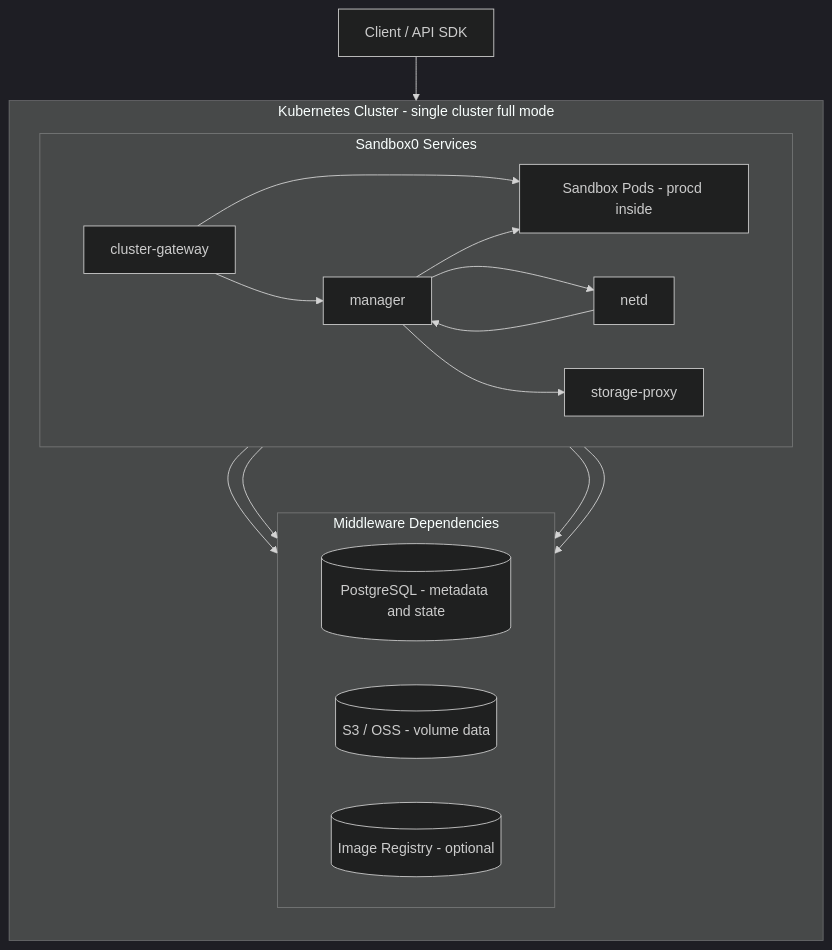
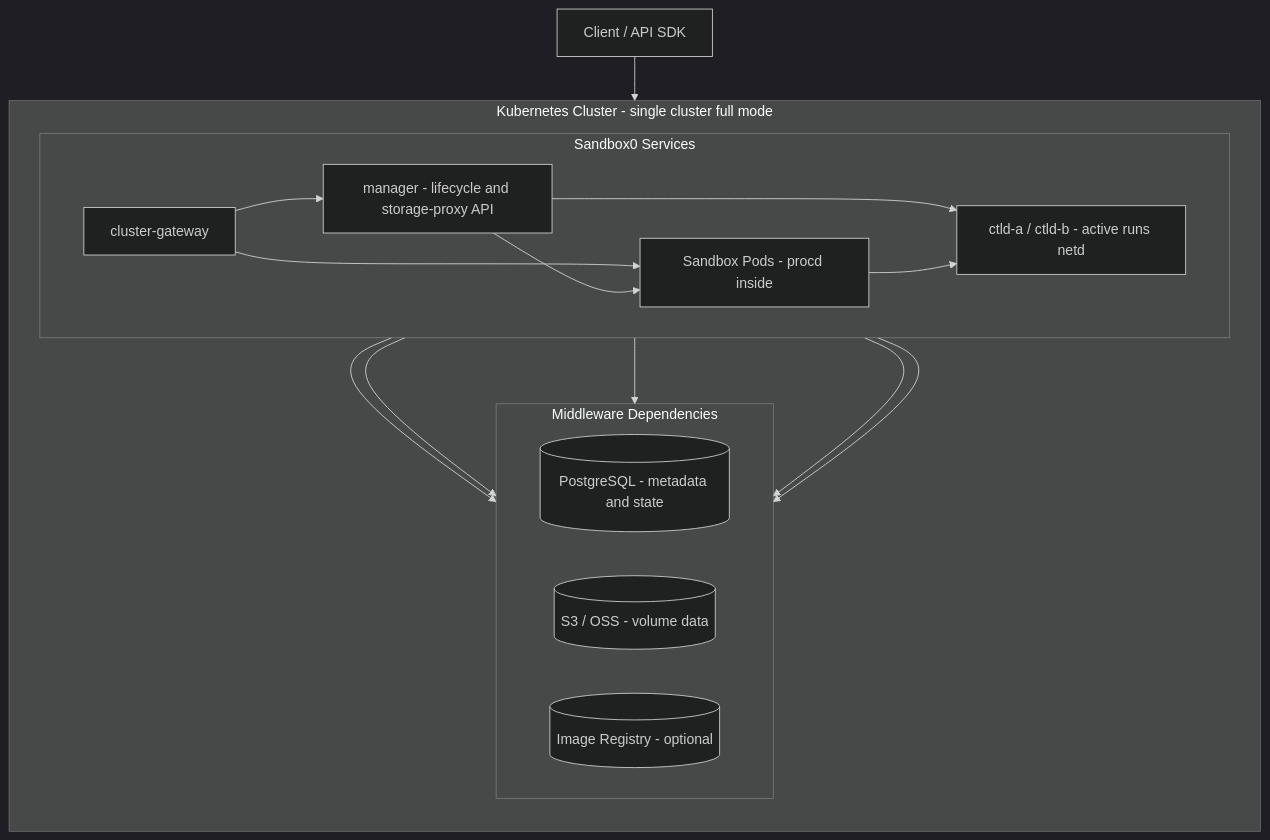
The diagram in docs/self-hosted/page.mdx (sandbox0-ai/sandbox0), drawn with Mermaid (dark theme) before and after one commit. The commit also changed other lines of this file and 72 other files, not shown here.

First line of the commit message:
feat: consolidate storage-proxy into manager and netd into ctld (#708)

````diff
--- a/docs/self-hosted/page.mdx
+++ b/docs/self-hosted/page.mdx
@@ -30,30 +30,30 @@
 ```mermaid
 flowchart TD
     client[Client / API SDK] --> igw[cluster-gateway]
 
     subgraph cluster[Kubernetes Cluster - single cluster full mode]
         direction TB
 
         subgraph s0[Sandbox0 Services]
             direction LR
-            igw --> mgr[manager]
+            igw --> mgr[manager - lifecycle and storage-proxy API]
             igw --> pods[Sandbox Pods - procd inside]
             mgr --> pods
-            mgr --> netd[netd]
-            netd --> mgr
-            mgr --> sp[storage-proxy]
+            mgr --> ctld[ctld-a / ctld-b - active runs netd]
+            pods --> ctld
         end
 
         subgraph mw[Middleware Dependencies]
             direction LR
             pg[(PostgreSQL - metadata and state)]
             s3[(S3 / OSS - volume data)]
             reg[(Image Registry - optional)]
         end
 
         igw --> pg
-        sp --> pg
-        sp --> s3
+        mgr --> pg
+        mgr --> s3
+        ctld --> s3
         mgr --> reg
     end
 ```
````
